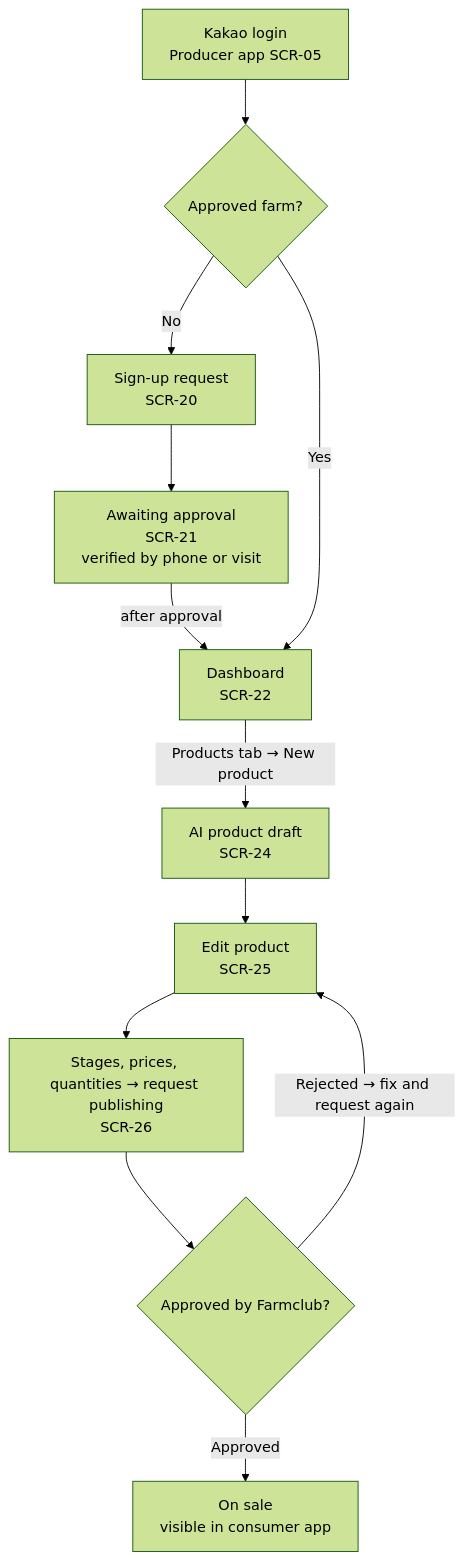
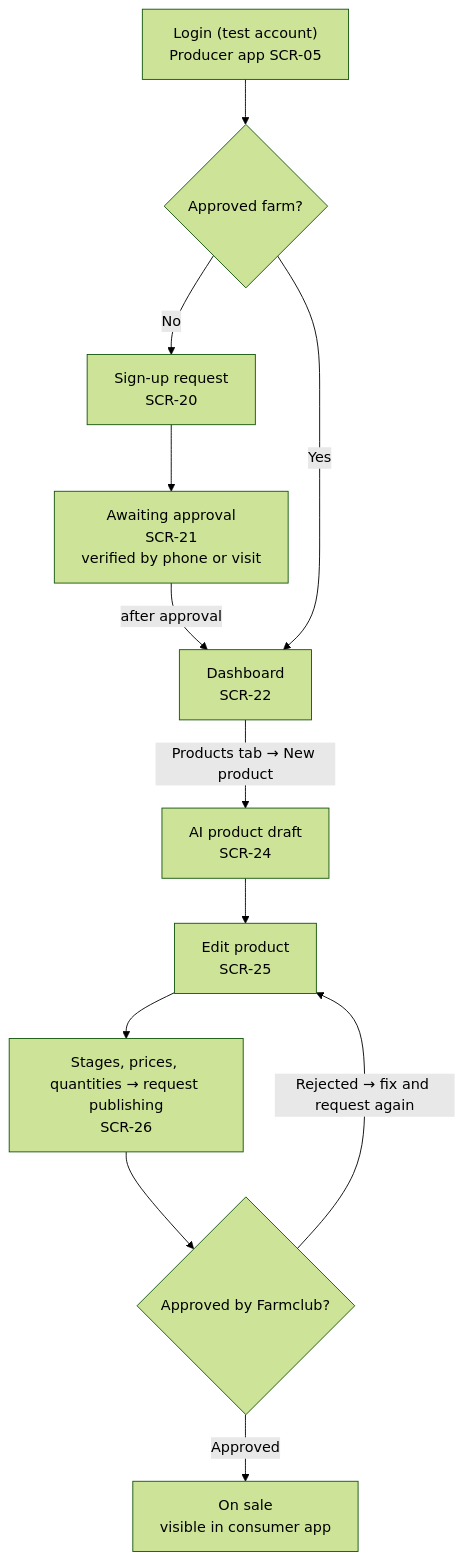
The third of 5 diagrams in docs/wiki/Design-Documentation.md (snuhcs-course/swpp-2026-project-team-06), drawn with Mermaid (forest theme) before and after one commit. The commit also changed other lines of this file and 2 other files, not shown here.

````diff
--- a/docs/wiki/Design-Documentation.md
+++ b/docs/wiki/Design-Documentation.md
@@ -141,11 +144,11 @@
 ```mermaid
 flowchart TD
-  a["Kakao login<br/>Producer app SCR-05"] --> d1{"Approved farm?"}
+  a["Login (test account)<br/>Producer app SCR-05"] --> d1{"Approved farm?"}
   d1 -- No --> b["Sign-up request<br/>SCR-20"] --> c["Awaiting approval<br/>SCR-21<br/>verified by phone or visit"]
   c -- after approval --> h["Dashboard<br/>SCR-22"]
   d1 -- Yes --> h
   h -- Products tab → New product --> dr["AI product draft<br/>SCR-24"] --> ed["Edit product<br/>SCR-25"] --> st["Stages, prices, quantities → request publishing<br/>SCR-26"]
   st --> d2{"Approved by Farmclub?"}
   d2 -- Rejected → fix and request again --> ed
   d2 -- Approved --> live["On sale<br/>visible in consumer app"]
 ```
````
